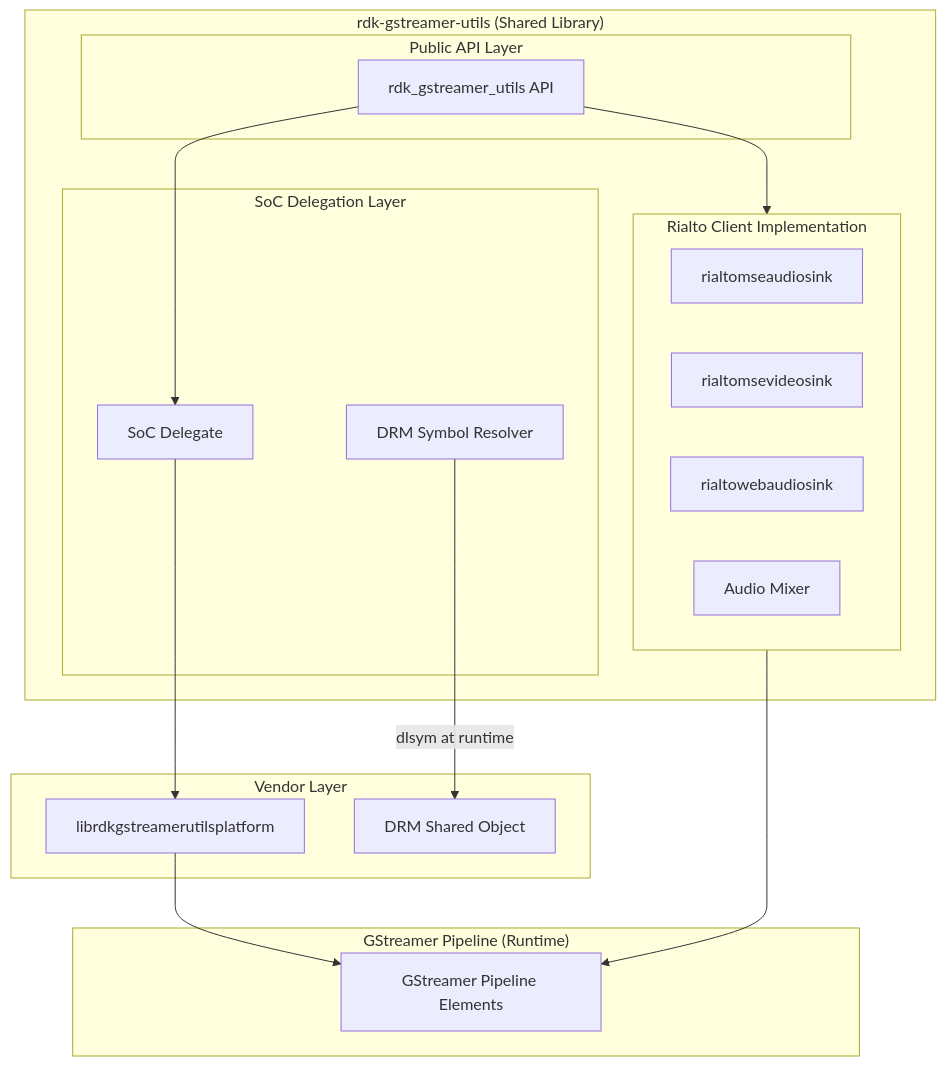
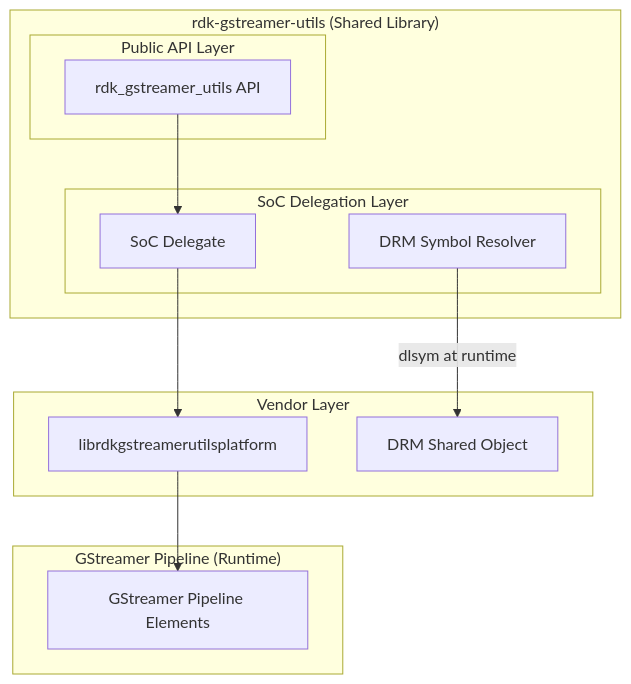
The second of 8 diagrams in README.md (rdkcentral/gstreamer-netflix-platform), drawn with Mermaid before and after one commit. The commit also changed other lines of this file, not shown here.

Commit message:
Addressed reviewer comments on rialto

````diff
--- a/README.md
+++ b/README.md
@@ -72,38 +68,29 @@
 ```mermaid
 graph TD
 
     subgraph Library["rdk-gstreamer-utils (Shared Library)"]
 
         subgraph PublicAPI["Public API Layer"]
             API["rdk_gstreamer_utils API"]
         end
 
         subgraph DelegationLayer["SoC Delegation Layer"]
             SOC_DELEGATE["SoC Delegate"]
             DRM_DLSYM["DRM Symbol Resolver"]
         end
-
-        subgraph RialtoImpl["Rialto Client Implementation"]
-            RIALTO_AUDIO["rialtomseaudiosink"]
-            RIALTO_VIDEO["rialtomsevideosink"]
-            RIALTO_UI["rialtowebaudiosink"]
-            AUDIO_MIX["Audio Mixer"]
-        end
     end
 
     subgraph VendorLayer["Vendor Layer"]
         PLATFORM_LIB["librdkgstreamerutilsplatform"]
         DRM_LIB["DRM Shared Object"]
     end
 
     subgraph GStreamerPipeline["GStreamer Pipeline (Runtime)"]
         GST_ELEMENTS["GStreamer Pipeline Elements"]
     end
 
     API --> SOC_DELEGATE
-    API --> RialtoImpl
     SOC_DELEGATE --> PLATFORM_LIB
     DRM_DLSYM -->|dlsym at runtime| DRM_LIB
-    RialtoImpl --> GST_ELEMENTS
     PLATFORM_LIB --> GST_ELEMENTS
 ```
````
